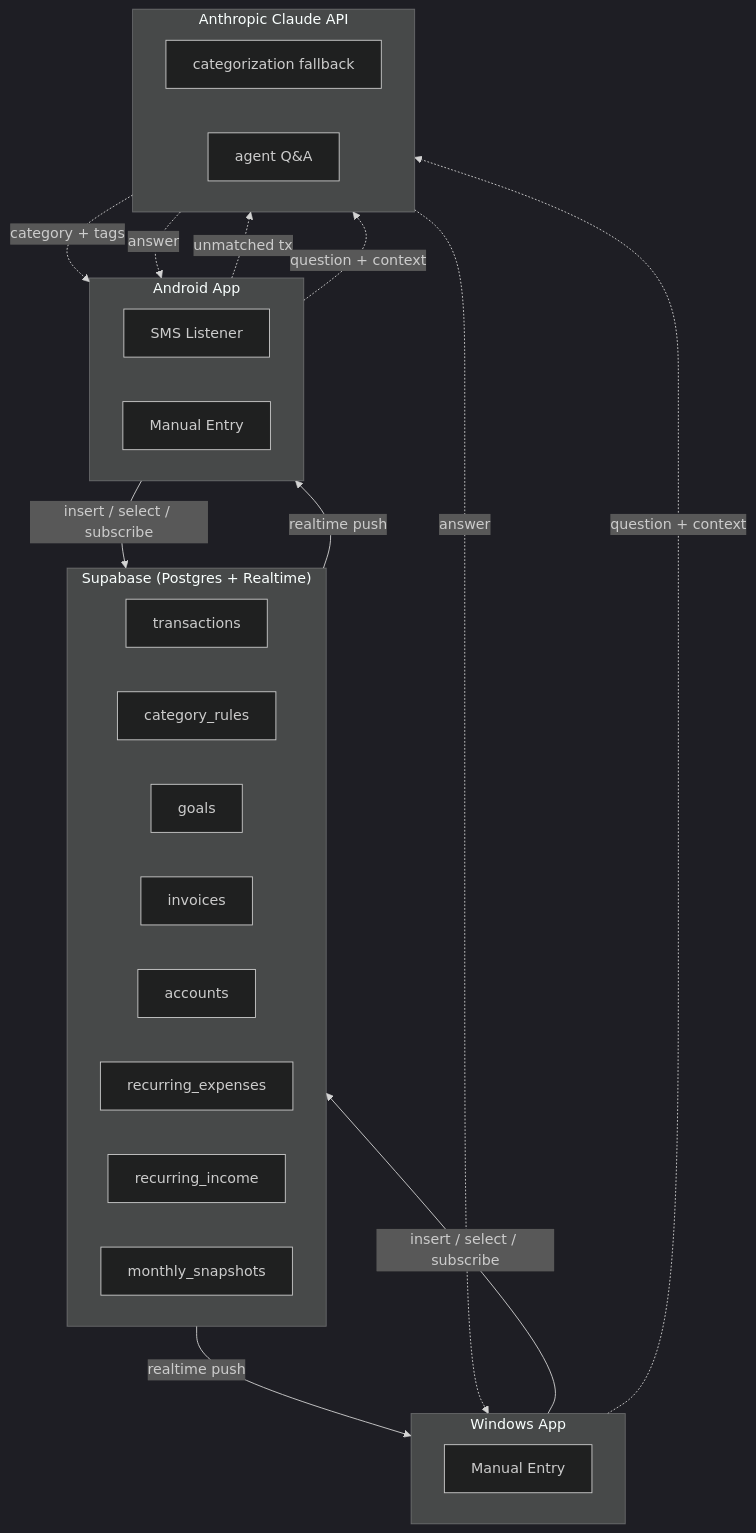
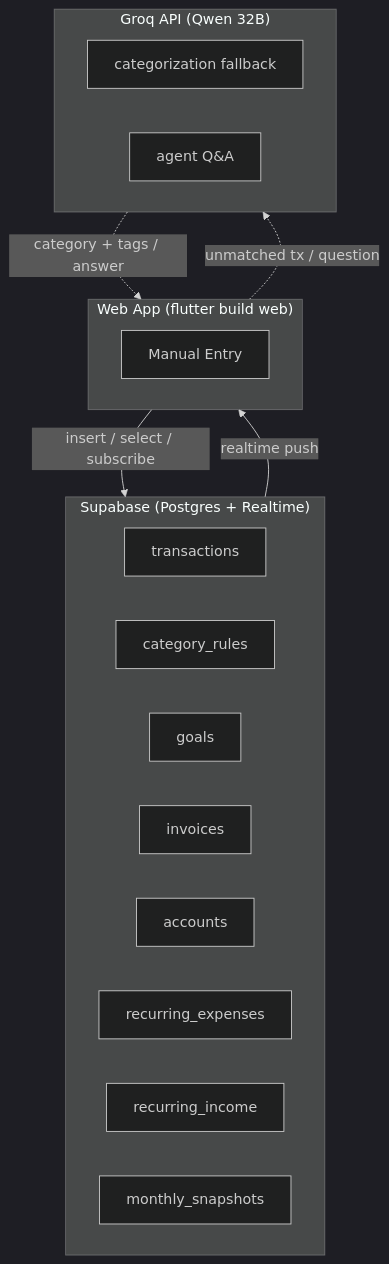
One commit to maybemnv/Financial-Tracker changed the first of 7 diagrams in docs/ARCHITECTURE.md. Above: the diagram before and after it, drawn with Mermaid (dark theme). The commit also changed other lines of this file and 43 other files, not shown here.

````diff
--- a/docs/ARCHITECTURE.md
+++ b/docs/ARCHITECTURE.md
@@ -9,39 +9,28 @@
 ```mermaid
 graph TB
-    subgraph Android["Android App"]
-        SMS["SMS Listener"]
+    subgraph WebApp["Web App (flutter build web)"]
         ME["Manual Entry"]
-    end
-
-    subgraph Windows["Windows App"]
-        MEW["Manual Entry"]
     end
 
     subgraph Supabase["Supabase (Postgres + Realtime)"]
         TX[transactions]
         CR[category_rules]
         GL[goals]
         IV[invoices]
         AC[accounts]
         RE[recurring_expenses]
         RI[recurring_income]
         MS[monthly_snapshots]
     end
 
-    subgraph Claude["Anthropic Claude API"]
+    subgraph Groq["Groq API (Qwen 32B)"]
         CAT[categorization fallback]
         AGT[agent Q&A]
     end
 
-    Android -->|insert / select / subscribe| Supabase
-    Windows -->|insert / select / subscribe| Supabase
-    Supabase -->|realtime push| Android
-    Supabase -->|realtime push| Windows
+    WebApp -->|insert / select / subscribe| Supabase
+    Supabase -->|realtime push| WebApp
 
-    Android -.->|unmatched tx| Claude
-    Claude -.->|category + tags| Android
-    Android -.->|question + context| Claude
-    Claude -.->|answer| Android
-    Windows -.->|question + context| Claude
-    Claude -.->|answer| Windows
+    WebApp -.->|unmatched tx / question| Groq
+    Groq -.->|category + tags / answer| WebApp
 ```
````
